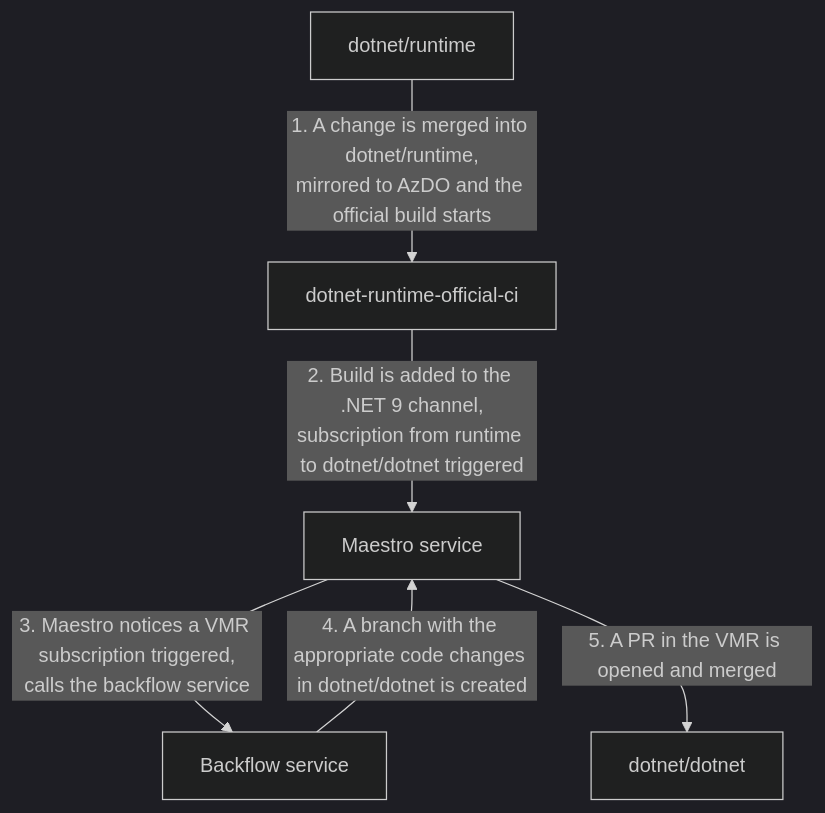
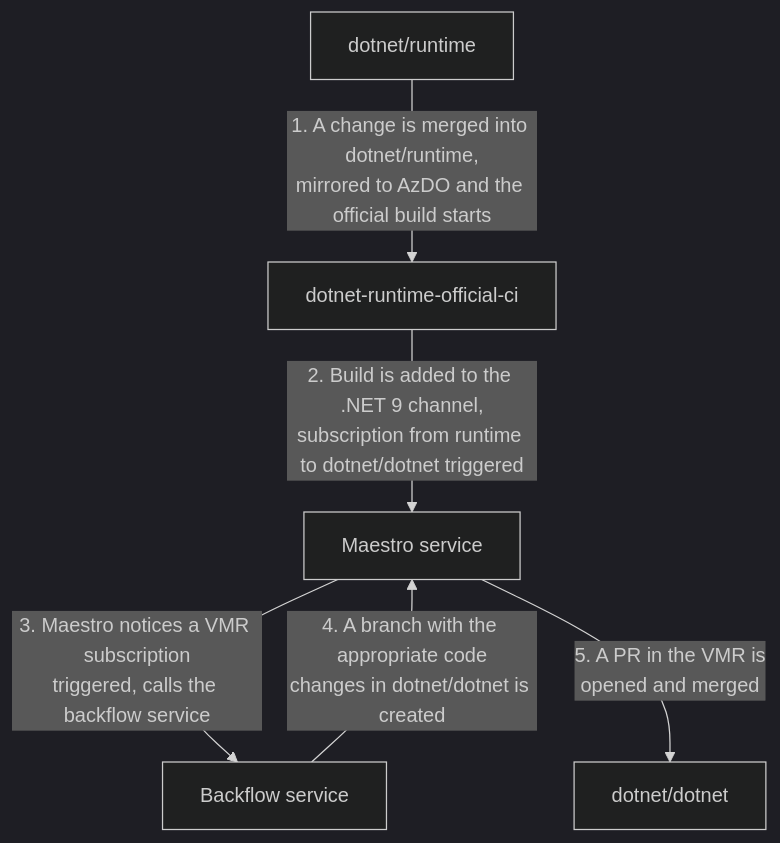
The first of 5 diagrams in Documentation/UnifiedBuild/Full-Code-Flow.md (dotnet/arcade), drawn with Mermaid (dark theme) before and after one commit. The commit also changed other lines of this file, not shown here.

Commit message:
Break lines in mermaid

````diff
--- a/Documentation/UnifiedBuild/Full-Code-Flow.md
+++ b/Documentation/UnifiedBuild/Full-Code-Flow.md
@@ -51,14 +51,14 @@
 ```mermaid
 flowchart TD
     runtime[dotnet/runtime]
     runtimeCI[dotnet-runtime-official-ci]
     maestro[Maestro service]
     backflow[Backflow service]
     vmr[dotnet/dotnet]
 
     runtime--1. A change is merged into dotnet/runtime,\nmirrored to AzDO and the official build starts-->runtimeCI
     runtimeCI--2. Build is added to the .NET 9 channel,\nsubscription from runtime to dotnet/dotnet triggered-->maestro
-    maestro--3. Maestro notices a VMR subscription triggered,\ncalls the backflow service-->backflow
-    backflow--4. A branch with the appropriate code changes in dotnet/dotnet is created-->maestro
-    maestro--5. A PR in the VMR is opened and merged-->vmr
+    maestro--3. Maestro notices a VMR subscription\ntriggered, calls the backflow service-->backflow
+    backflow--4. A branch with the appropriate code\nchanges in dotnet/dotnet is created-->maestro
+    maestro--5. A PR in the VMR is\nopened and merged-->vmr
 ```
````
